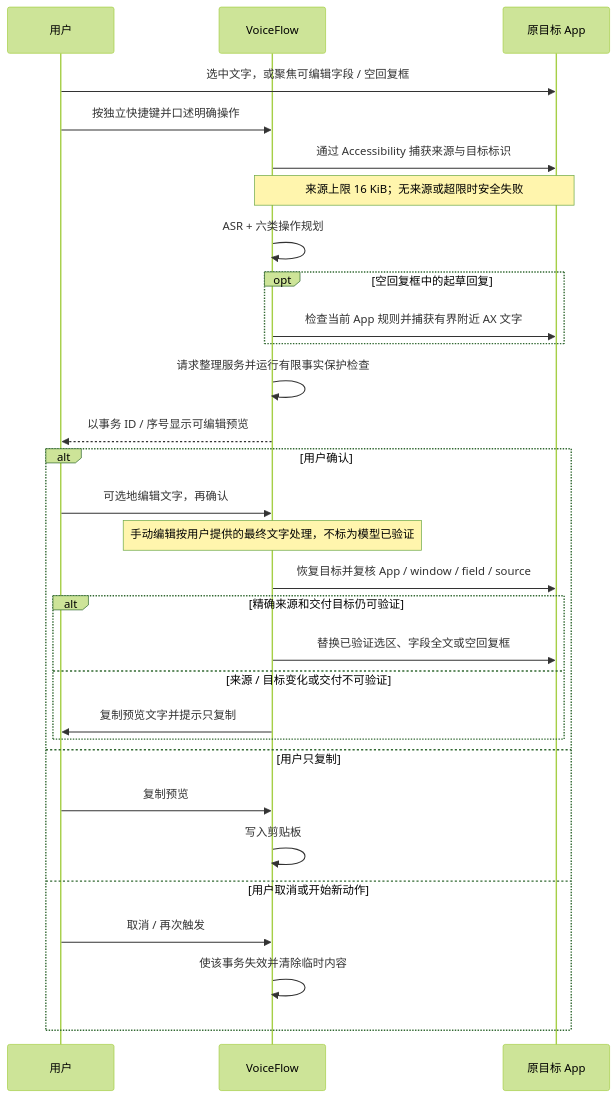
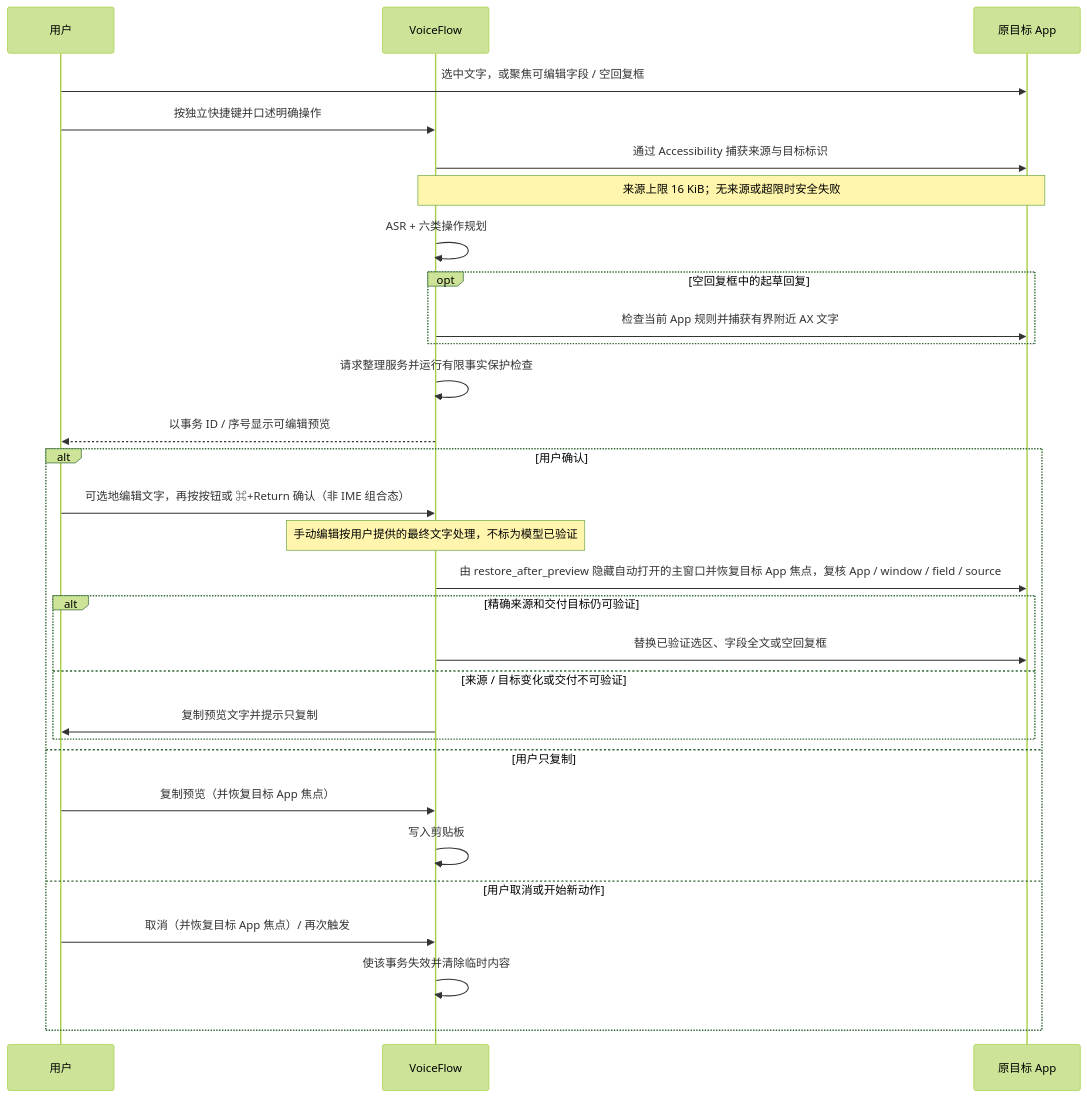
One commit to wangm12/voice-flow changed the second of 2 diagrams in docs/end-to-end-workflows.md. Above: the diagram before and after it, drawn with Mermaid (forest theme). The commit also changed other lines of this file and 178 other files, not shown here.

````diff
--- a/docs/end-to-end-workflows.md
+++ b/docs/end-to-end-workflows.md
@@ -235,32 +240,32 @@
 ```mermaid
 sequenceDiagram
   participant U as 用户
   participant V as VoiceFlow
   participant T as 原目标 App
   U->>T: 选中文字，或聚焦可编辑字段 / 空回复框
   U->>V: 按独立快捷键并口述明确操作
   V->>T: 通过 Accessibility 捕获来源与目标标识
   Note over V,T: 来源上限 16 KiB；无来源或超限时安全失败
   V->>V: ASR + 六类操作规划
   opt 空回复框中的起草回复
     V->>T: 检查当前 App 规则并捕获有界附近 AX 文字
   end
   V->>V: 请求整理服务并运行有限事实保护检查
   V-->>U: 以事务 ID / 序号显示可编辑预览
   alt 用户确认
-    U->>V: 可选地编辑文字，再确认
+    U->>V: 可选地编辑文字，再按按钮或 ⌘+Return 确认（非 IME 组合态）
     Note over V: 手动编辑按用户提供的最终文字处理，不标为模型已验证
-    V->>T: 恢复目标并复核 App / window / field / source
+    V->>T: 由 restore_after_preview 隐藏自动打开的主窗口并恢复目标 App 焦点，复核 App / window / field / source
     alt 精确来源和交付目标仍可验证
       V->>T: 替换已验证选区、字段全文或空回复框
     else 来源 / 目标变化或交付不可验证
       V->>U: 复制预览文字并提示只复制
     end
   else 用户只复制
-    U->>V: 复制预览
+    U->>V: 复制预览（并恢复目标 App 焦点）
     V->>V: 写入剪贴板
   else 用户取消或开始新动作
-    U->>V: 取消 / 再次触发
+    U->>V: 取消（并恢复目标 App 焦点）/ 再次触发
     V->>V: 使该事务失效并清除临时内容
   end
 ```
````
